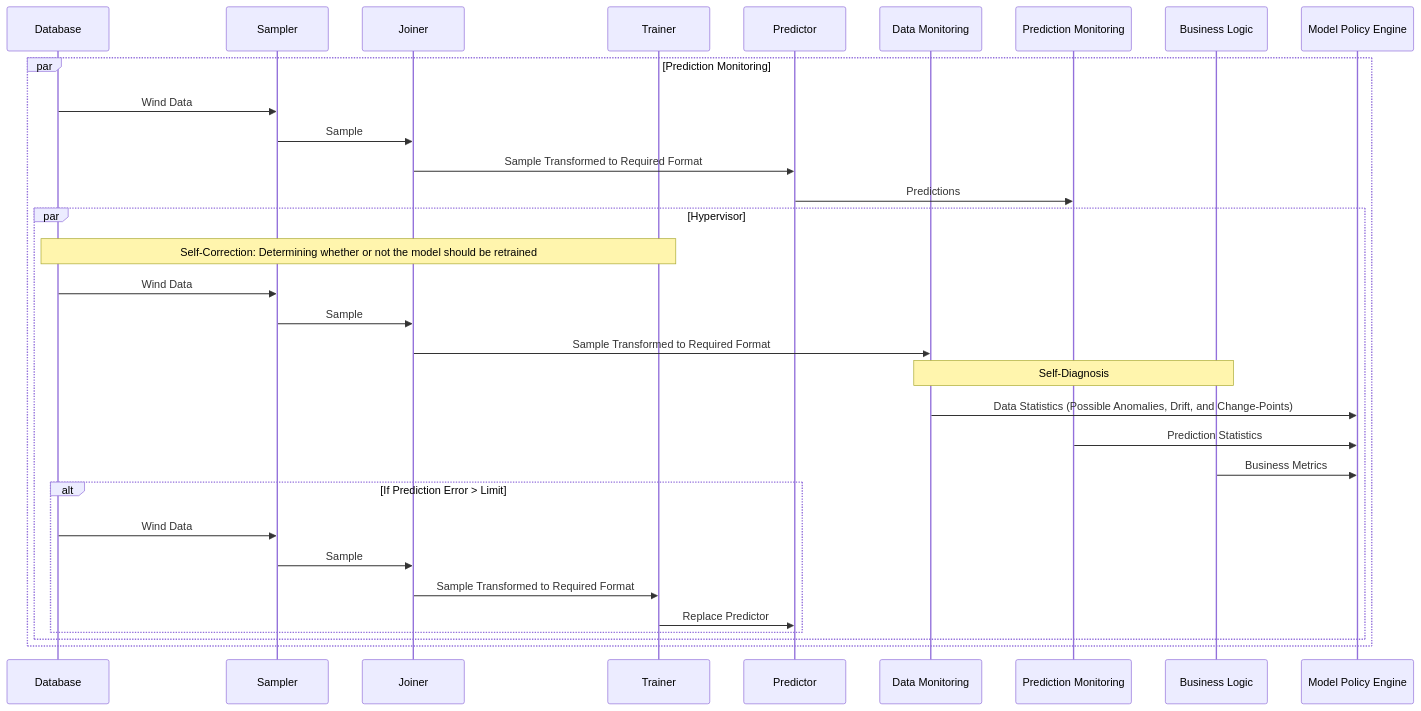
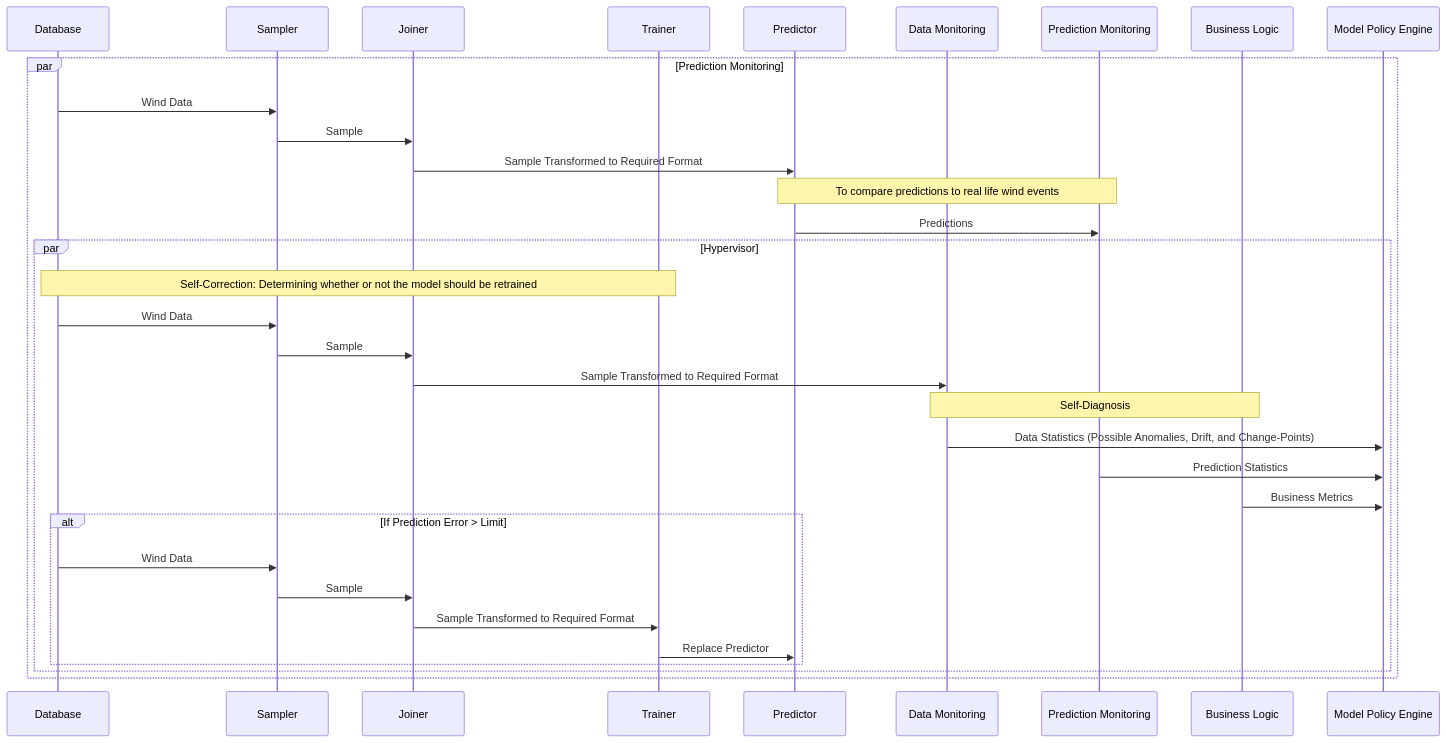
The second of 2 diagrams in system_design_diagrams.md (hannahmehravari/dissertation), drawn with Mermaid before and after one commit.

````diff
--- a/system_design_diagrams.md
+++ b/system_design_diagrams.md
@@ -46,34 +46,35 @@
 ```mermaid
 sequenceDiagram
     participant Database
     participant Sampler
     participant Joiner
     participant Trainer
     participant Predictor
     participant Data Monitoring
     participant Prediction Monitoring
     participant Business Logic
     participant Model Policy Engine
     par Prediction Monitoring
     Database->>Sampler:Wind Data
     Sampler->>Joiner:Sample 
     Joiner->>Predictor:Sample Transformed to Required Format
+    Note over Predictor, Prediction Monitoring: To compare predictions to real life wind events
     Predictor->>Prediction Monitoring:Predictions
     par Hypervisor
     Note over Database, Trainer: Self-Correction: Determining whether or not the model should be retrained
     Database->>Sampler:Wind Data
     Sampler->>Joiner:Sample 
     Joiner->>Data Monitoring:Sample Transformed to Required Format
     Note over Data Monitoring,Business Logic: Self-Diagnosis
     Data Monitoring->>Model Policy Engine:Data Statistics (Possible Anomalies, Drift, and Change-Points)
     Prediction Monitoring->>Model Policy Engine:Prediction Statistics   
     Business Logic->>Model Policy Engine: Business Metrics
     alt If Prediction Error > Limit
     Database->>Sampler:Wind Data
     Sampler->>Joiner:Sample 
     Joiner->>Trainer:Sample Transformed to Required Format
     Trainer->>Predictor: Replace Predictor
     end
     end
     end
 ```
````
